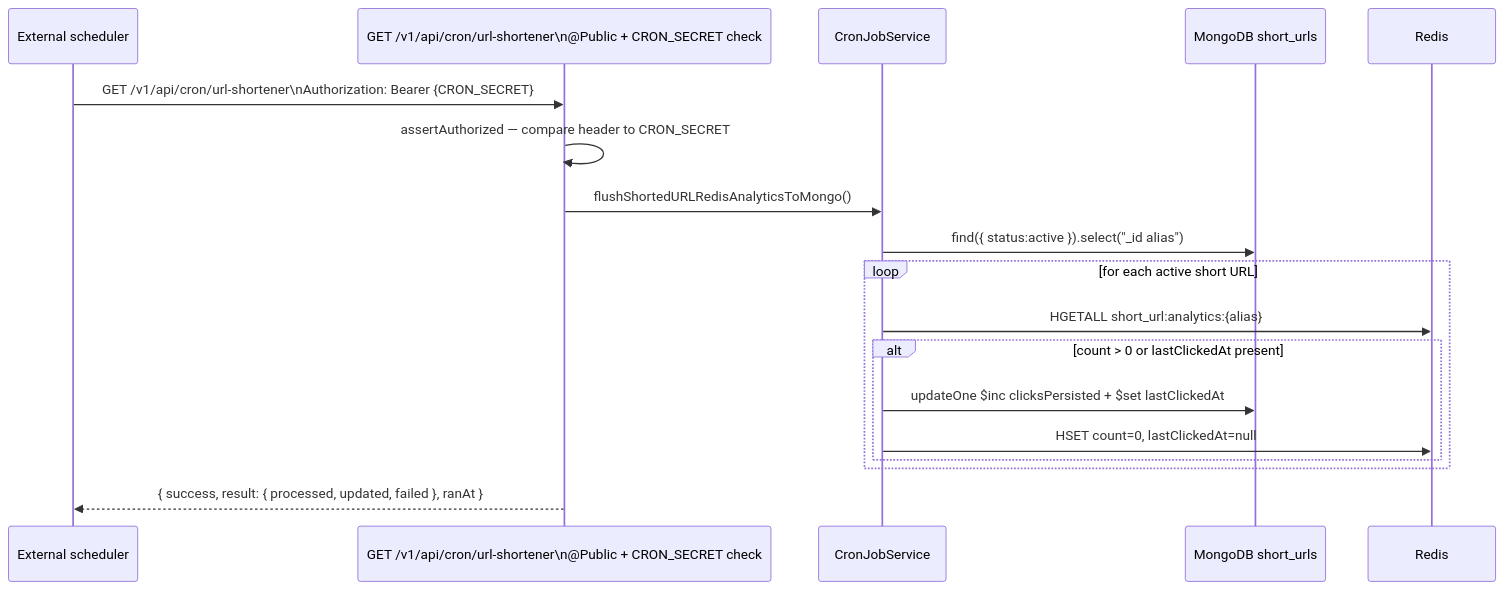
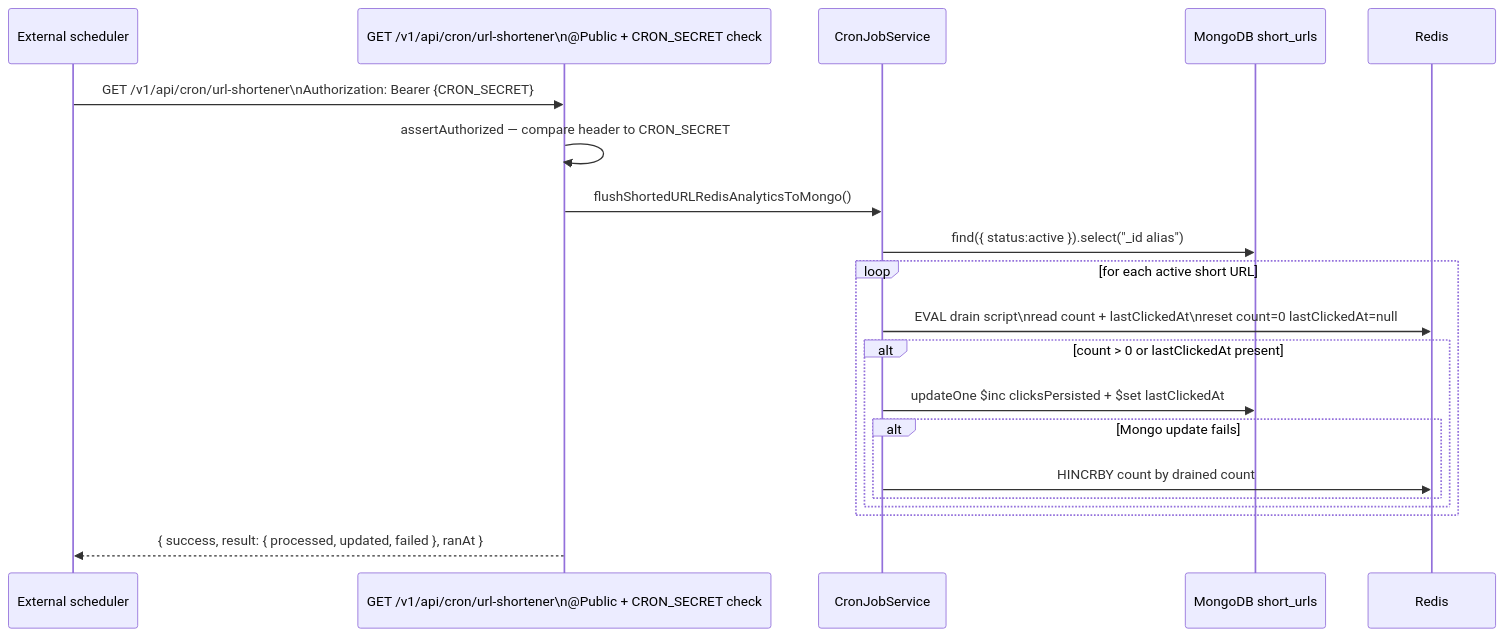
Before and after one commit to CodeBeginner000001/Link-Lab: diagram 24 of 27 in server/mermaid.md, drawn with Mermaid. The commit also changed other lines of this file and 3 other files, not shown here.

Commit message:
optimization for url shortener and added the redis crash data handle

````diff
--- a/server/mermaid.md
+++ b/server/mermaid.md
@@ -1306,21 +1669,23 @@
 ```mermaid
 sequenceDiagram
     participant Scheduler as External scheduler
     participant CronCtrl as GET /v1/api/cron/url-shortener\n@Public + CRON_SECRET check
     participant CronService as CronJobService
     participant Mongo as MongoDB short_urls
     participant Redis
 
     Scheduler->>CronCtrl: GET /v1/api/cron/url-shortener\nAuthorization: Bearer {CRON_SECRET}
     CronCtrl->>CronCtrl: assertAuthorized — compare header to CRON_SECRET
     CronCtrl->>CronService: flushShortedURLRedisAnalyticsToMongo()
     CronService->>Mongo: find({ status:active }).select("_id alias")
     loop for each active short URL
-        CronService->>Redis: HGETALL short_url:analytics:{alias}
+        CronService->>Redis: EVAL drain script\nread count + lastClickedAt\nreset count=0 lastClickedAt=null
         alt count > 0 or lastClickedAt present
             CronService->>Mongo: updateOne $inc clicksPersisted + $set lastClickedAt
-            CronService->>Redis: HSET count=0, lastClickedAt=null
+            alt Mongo update fails
+                CronService->>Redis: HINCRBY count by drained count
+            end
         end
     end
     CronCtrl-->>Scheduler: { success, result: { processed, updated, failed }, ranAt }
 ```
````
